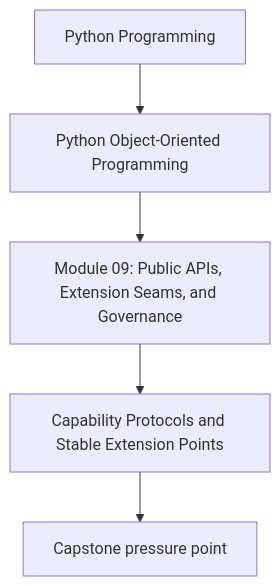
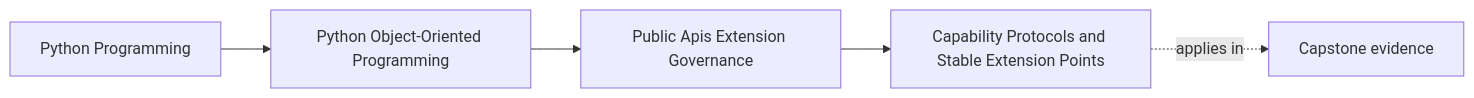
The first of 2 diagrams in programs/python-programming/python-object-oriented-programming/course-book/module-09-public-apis-extension-governance/capability-protocols-and-stable-extension-points.md (bijux/bijux-masterclass), drawn with Mermaid before and after one commit. The commit also changed other lines of this file and 103 other files, not shown here.

Commit message:
docs(python-object-oriented-programming): map sustainment and capstone surfaces

````diff
--- a/programs/python-programming/python-object-oriented-programming/course-book/module-09-public-apis-extension-governance/capability-protocols-and-stable-extension-points.md
+++ b/programs/python-programming/python-object-oriented-programming/course-book/module-09-public-apis-extension-governance/capability-protocols-and-stable-extension-points.md
@@ -7,7 +7,11 @@
 ```mermaid
-flowchart TD
-  family["Python Programming"] --> program["Python Object-Oriented Programming"]
-  program --> module["Module 09: Public APIs, Extension Seams, and Governance"]
-  module --> concept["Capability Protocols and Stable Extension Points"]
-  concept --> capstone["Capstone pressure point"]
+graph LR
+  family["Python Programming"]
+  program["Python Object-Oriented Programming"]
+  section["Public Apis Extension Governance"]
+  page["Capability Protocols and Stable Extension Points"]
+  capstone["Capstone evidence"]
+
+  family --> program --> section --> page
+  page -.applies in.-> capstone
 ```
````
